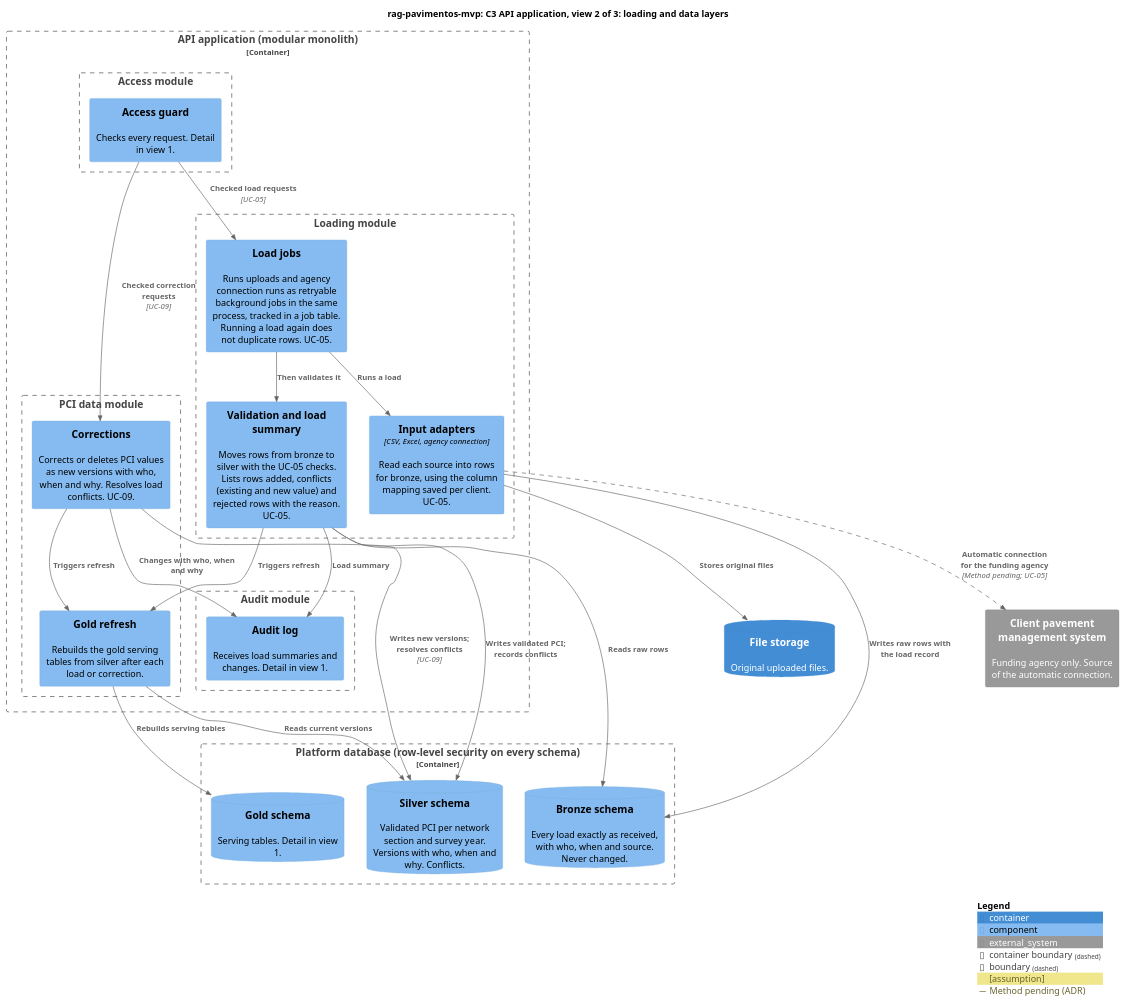
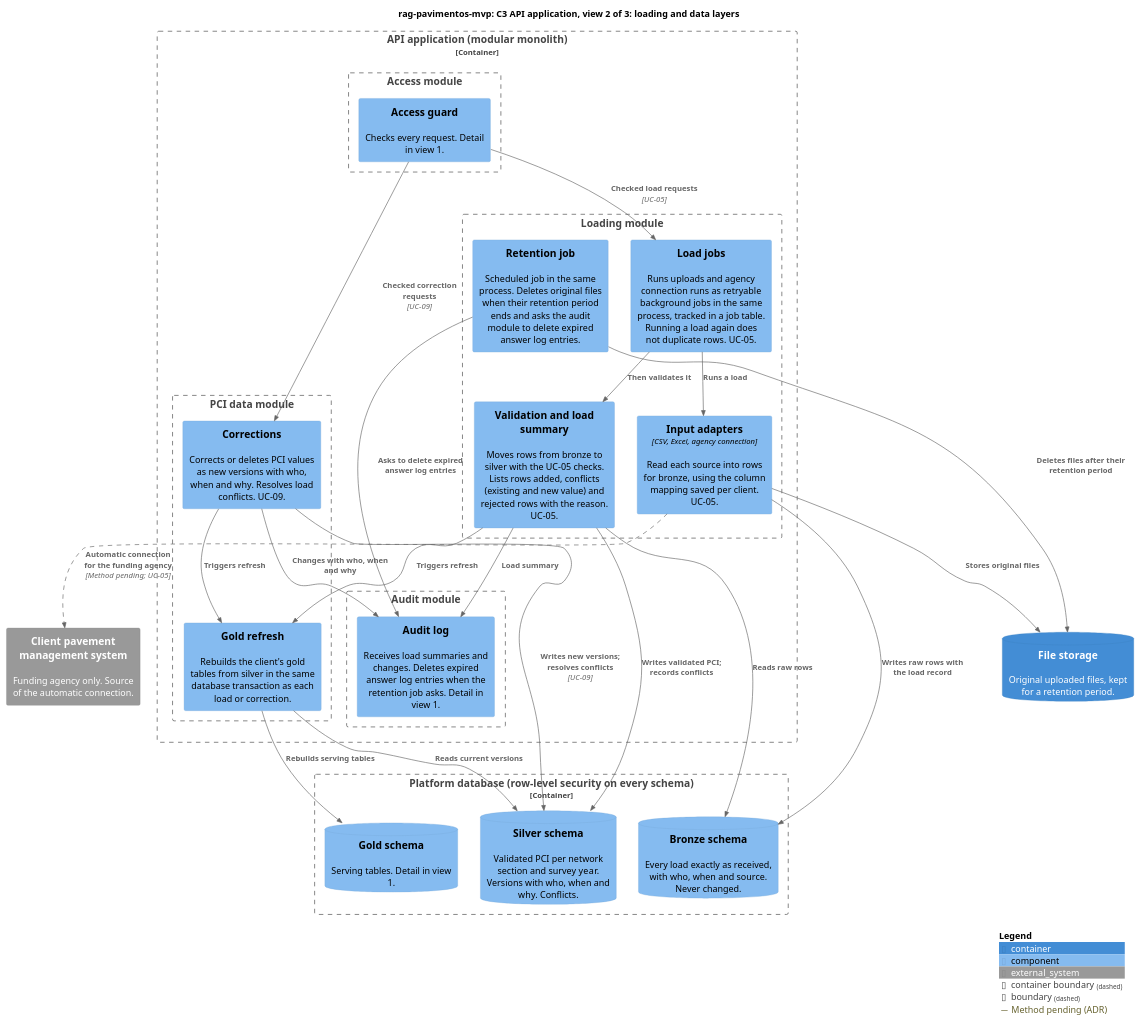
One commit to SAndrade2209/rag-pavimentos-mvp changed the second of 3 diagrams in docs/architecture/c4/c3-components.puml. Above: the diagram before and after it, drawn with PlantUML. The commit also changed other lines of this file and 5 other files, not shown here.

First line of the commit message:
Supersede grounding and backend ADRs after architecture review

```diff
--- a/docs/architecture/c4/c3-components.puml
+++ b/docs/architecture/c4/c3-components.puml
@@ -71,56 +71,59 @@
 @startuml c3-2-loading-and-data-layers
 !include <C4/C4_Component>
 
 title rag-pavimentos-mvp: C3 API application, view 2 of 3: loading and data layers
 
-' How PCI data move from sources to bronze, silver and gold (UC-05, UC-09).
+' How PCI data move from sources to bronze, silver and gold (UC-05, UC-09), and how
+' original files and answer log entries are deleted after their retention periods.
 
-AddElementTag("assumption", $borderStyle=DottedLine(), $legendText="[assumption]")
 AddRelTag("pending", $lineStyle=DashedLine(), $legendText="Method pending (ADR)")
 
 System_Ext(pms, "Client pavement management system", "Funding agency only. Source of the automatic connection.")
-ContainerDb(files, "File storage", "", "Original uploaded files.", $tags="assumption")
+ContainerDb(files, "File storage", "", "Original uploaded files, kept for a retention period.")
 
 Container_Boundary(api, "API application (modular monolith)") {
   Boundary(m_access, "Access module") {
     Component(guard, "Access guard", "", "Checks every request. Detail in view 1.")
   }
   Boundary(m_loading, "Loading module") {
     Component(jobs, "Load jobs", "", "Runs uploads and agency connection runs as retryable background jobs in the same process, tracked in a job table. Running a load again does not duplicate rows. UC-05.")
     Component(adapters, "Input adapters", "CSV, Excel, agency connection", "Read each source into rows for bronze, using the column mapping saved per client. UC-05.")
     Component(validation, "Validation and load summary", "", "Moves rows from bronze to silver with the UC-05 checks. Lists rows added, conflicts (existing and new value) and rejected rows with the reason. UC-05.")
+    Component(retention, "Retention job", "", "Scheduled job in the same process. Deletes original files when their retention period ends and asks the audit module to delete expired answer log entries.")
   }
   Boundary(m_pci, "PCI data module") {
     Component(corrections, "Corrections", "", "Corrects or deletes PCI values as new versions with who, when and why. Resolves load conflicts. UC-09.")
-    Component(gold_refresh, "Gold refresh", "", "Rebuilds the gold serving tables from silver after each load or correction.")
+    Component(gold_refresh, "Gold refresh", "", "Rebuilds the client's gold tables from silver in the same database transaction as each load or correction.")
   }
   Boundary(m_audit, "Audit module") {
-    Component(audit, "Audit log", "", "Receives load summaries and changes. Detail in view 1.")
+    Component(audit, "Audit log", "", "Receives load summaries and changes. Deletes expired answer log entries when the retention job asks. Detail in view 1.")
   }
 }
 
 Container_Boundary(db, "Platform database (row-level security on every schema)") {
   ComponentDb(bronze, "Bronze schema", "", "Every load exactly as received, with who, when and source. Never changed.")
   ComponentDb(silver, "Silver schema", "", "Validated PCI per network section and survey year. Versions with who, when and why. Conflicts.")
   ComponentDb(gold, "Gold schema", "", "Serving tables. Detail in view 1.")
 }
 
 Rel(guard, jobs, "Checked load requests", "UC-05")
 Rel(guard, corrections, "Checked correction requests", "UC-09")
 Rel(jobs, adapters, "Runs a load")
 Rel(jobs, validation, "Then validates it")
 Rel(adapters, pms, "Automatic connection for the funding agency", "Method pending; UC-05", $tags="pending")
 Rel(adapters, files, "Stores original files")
 Rel(adapters, bronze, "Writes raw rows with the load record")
 Rel(validation, bronze, "Reads raw rows")
 Rel(validation, silver, "Writes validated PCI; records conflicts")
 Rel(validation, gold_refresh, "Triggers refresh")
 Rel(validation, audit, "Load summary")
 Rel(corrections, silver, "Writes new versions; resolves conflicts", "UC-09")
 Rel(corrections, gold_refresh, "Triggers refresh")
 Rel(corrections, audit, "Changes with who, when and why")
 Rel(gold_refresh, silver, "Reads current versions")
 Rel(gold_refresh, gold, "Rebuilds serving tables")
+Rel(retention, files, "Deletes files after their retention period")
+Rel(retention, audit, "Asks to delete expired answer log entries")
 
 SHOW_LEGEND()
 @enduml
```
